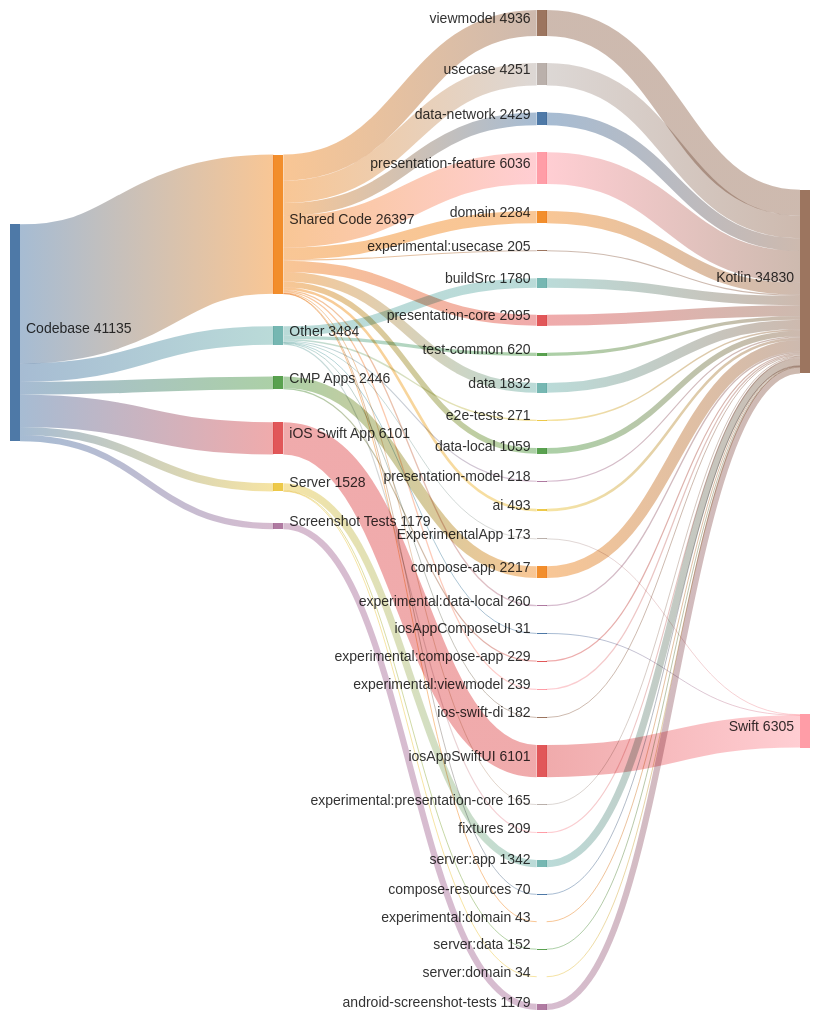
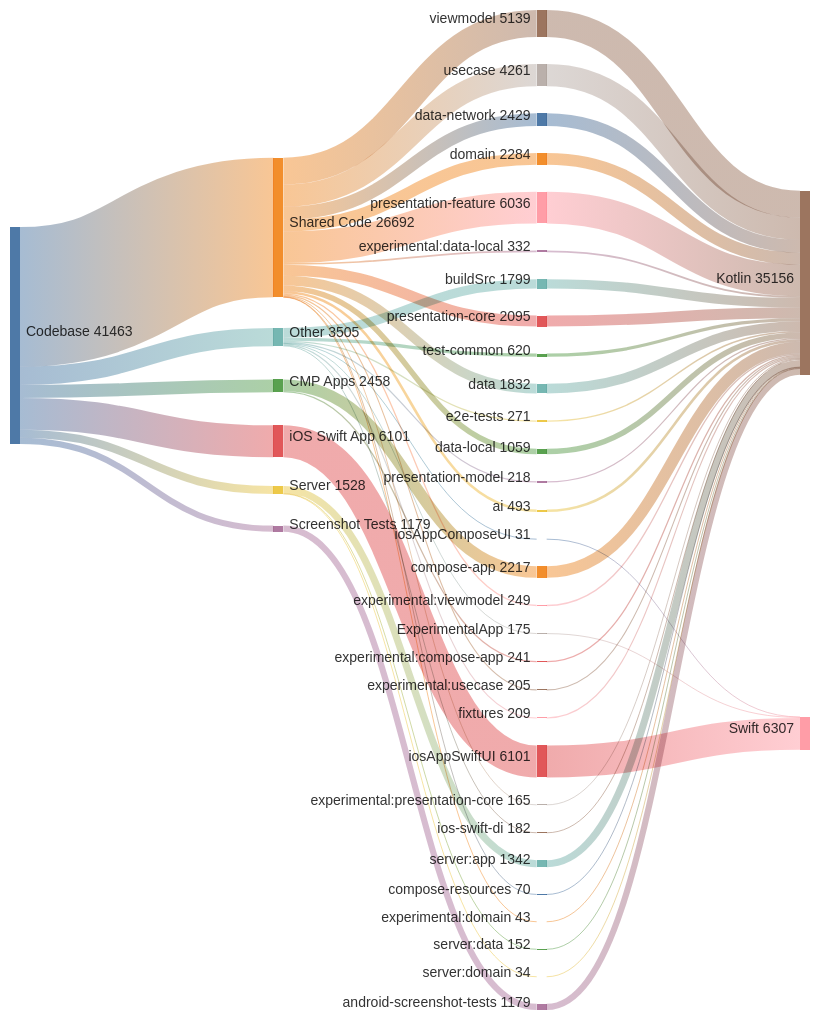
One commit to cartland/battery-butler changed the second of 2 diagrams in README.md. Above: the diagram before and after it, drawn with Mermaid. The commit also changed 2 other files, not shown here.

Commit message:
docs(generated): Regenerate architecture diagrams and analysis

```diff
--- a/README.md
+++ b/README.md
@@ -213,24 +213,24 @@
 %% GENERATED FILE - DO NOT EDIT
 sankey-beta
 
-Codebase,Shared Code,26397
+Codebase,Shared Code,26692
 Codebase,iOS Swift App,6101
-Codebase,Other,3484
-Codebase,CMP Apps,2446
+Codebase,Other,3505
+Codebase,CMP Apps,2458
 Codebase,Server,1528
 Codebase,Screenshot Tests,1179
 
 Shared Code,presentation-feature,6036
-Shared Code,viewmodel,4936
-Shared Code,usecase,4251
+Shared Code,viewmodel,5139
+Shared Code,usecase,4261
 Shared Code,data-network,2429
 Shared Code,domain,2284
 Shared Code,presentation-core,2095
 Shared Code,data,1832
 Shared Code,data-local,1059
 Shared Code,ai,493
-Shared Code,experimental:data-local,260
-Shared Code,experimental:viewmodel,239
+Shared Code,experimental:data-local,332
+Shared Code,experimental:viewmodel,249
 Shared Code,experimental:usecase,205
 Shared Code,experimental:presentation-core,165
 Shared Code,compose-resources,70
@@ -238,17 +238,17 @@
 
 iOS Swift App,iosAppSwiftUI,6101
 
-Other,buildSrc,1780
+Other,buildSrc,1799
 Other,test-common,620
 Other,e2e-tests,271
 Other,presentation-model,218
 Other,fixtures,209
 Other,ios-swift-di,182
-Other,ExperimentalApp,173
+Other,ExperimentalApp,175
 Other,iosAppComposeUI,31
 
 CMP Apps,compose-app,2217
-CMP Apps,experimental:compose-app,229
+CMP Apps,experimental:compose-app,241
 
 Server,server:app,1342
 Server,server:data,152
@@ -258,28 +258,28 @@
 
 iosAppSwiftUI,Swift,6101
 presentation-feature,Kotlin,6036
-viewmodel,Kotlin,4936
-usecase,Kotlin,4251
+viewmodel,Kotlin,5139
+usecase,Kotlin,4261
 data-network,Kotlin,2429
 domain,Kotlin,2284
 compose-app,Kotlin,2217
 presentation-core,Kotlin,2095
 data,Kotlin,1832
-buildSrc,Kotlin,1780
+buildSrc,Kotlin,1799
 server:app,Kotlin,1342
 android-screenshot-tests,Kotlin,1179
 data-local,Kotlin,1059
 test-common,Kotlin,620
 ai,Kotlin,493
+experimental:data-local,Kotlin,332
 e2e-tests,Kotlin,271
-experimental:data-local,Kotlin,260
-experimental:viewmodel,Kotlin,239
-experimental:compose-app,Kotlin,229
+experimental:viewmodel,Kotlin,249
+experimental:compose-app,Kotlin,241
 presentation-model,Kotlin,218
 fixtures,Kotlin,209
 experimental:usecase,Kotlin,205
 ios-swift-di,Kotlin,182
-ExperimentalApp,Swift,173
+ExperimentalApp,Swift,175
 experimental:presentation-core,Kotlin,165
 server:data,Kotlin,152
 compose-resources,Kotlin,70
```
